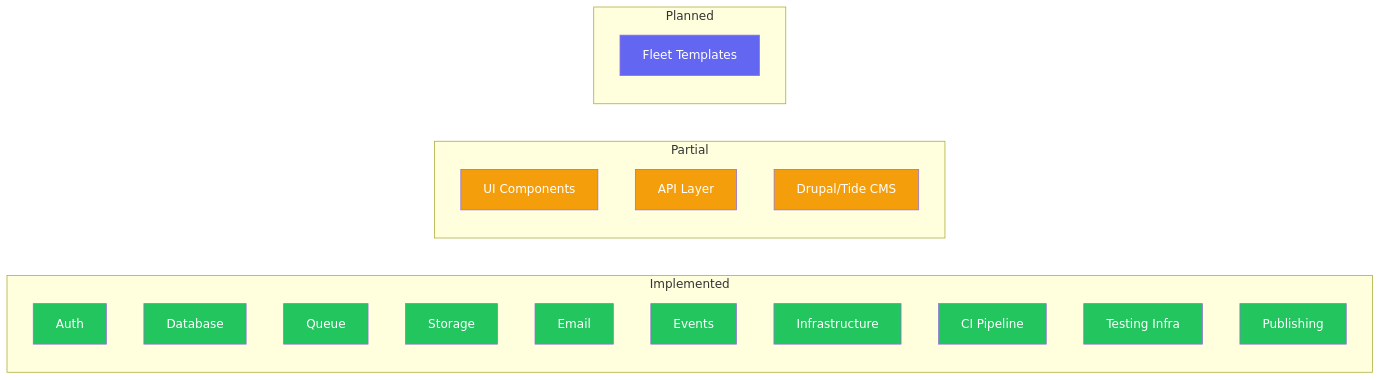
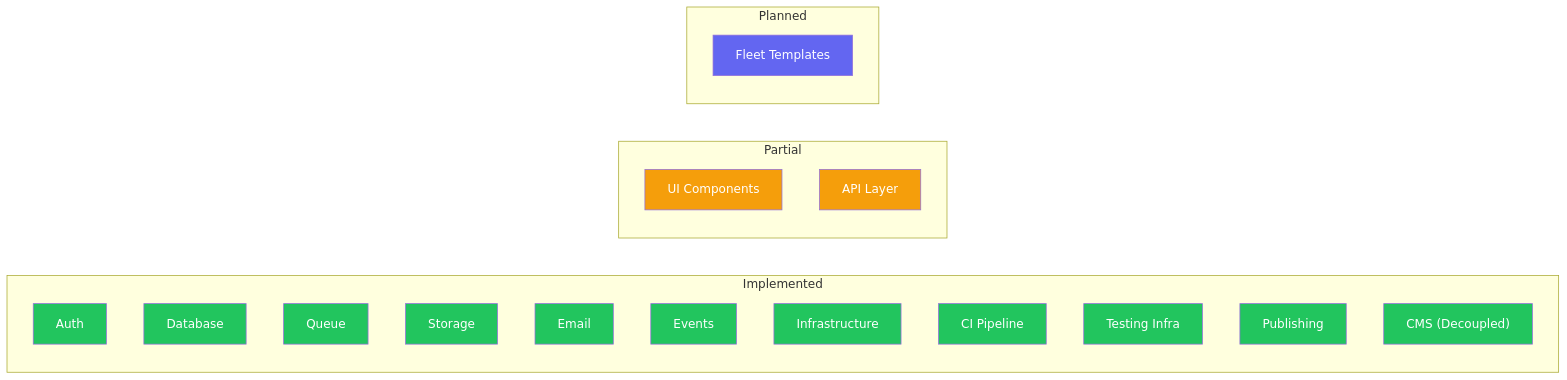
Before and after one commit to jbejenar/ripple-next: the first of 10 diagrams in docs/product-roadmap/README.md, drawn with Mermaid. The commit also changed other lines of this file and 19 other files, not shown here.

````diff
--- a/docs/product-roadmap/README.md
+++ b/docs/product-roadmap/README.md
@@ -36,38 +36,38 @@
 ```mermaid
 graph LR
     subgraph Implemented
         AUTH[Auth]
         DB[Database]
         QUEUE[Queue]
         STORAGE[Storage]
         EMAIL[Email]
         EVENTS[Events]
         INFRA[Infrastructure]
         CI[CI Pipeline]
         TEST[Testing Infra]
         PUB[Publishing]
+        CMS["CMS (Decoupled)"]
     end
     subgraph Partial
         UI[UI Components]
         API[API Layer]
-        CMS["Drupal/Tide CMS"]
     end
     subgraph Planned
         FLEET[Fleet Templates]
     end
 
     style AUTH fill:#22c55e,color:#fff
     style DB fill:#22c55e,color:#fff
     style QUEUE fill:#22c55e,color:#fff
     style STORAGE fill:#22c55e,color:#fff
     style EMAIL fill:#22c55e,color:#fff
     style EVENTS fill:#22c55e,color:#fff
     style INFRA fill:#22c55e,color:#fff
     style CI fill:#22c55e,color:#fff
     style TEST fill:#22c55e,color:#fff
     style PUB fill:#22c55e,color:#fff
+    style CMS fill:#22c55e,color:#fff
     style UI fill:#f59e0b,color:#fff
     style API fill:#f59e0b,color:#fff
     style FLEET fill:#6366f1,color:#fff
-    style CMS fill:#f59e0b,color:#fff
 ```
````
